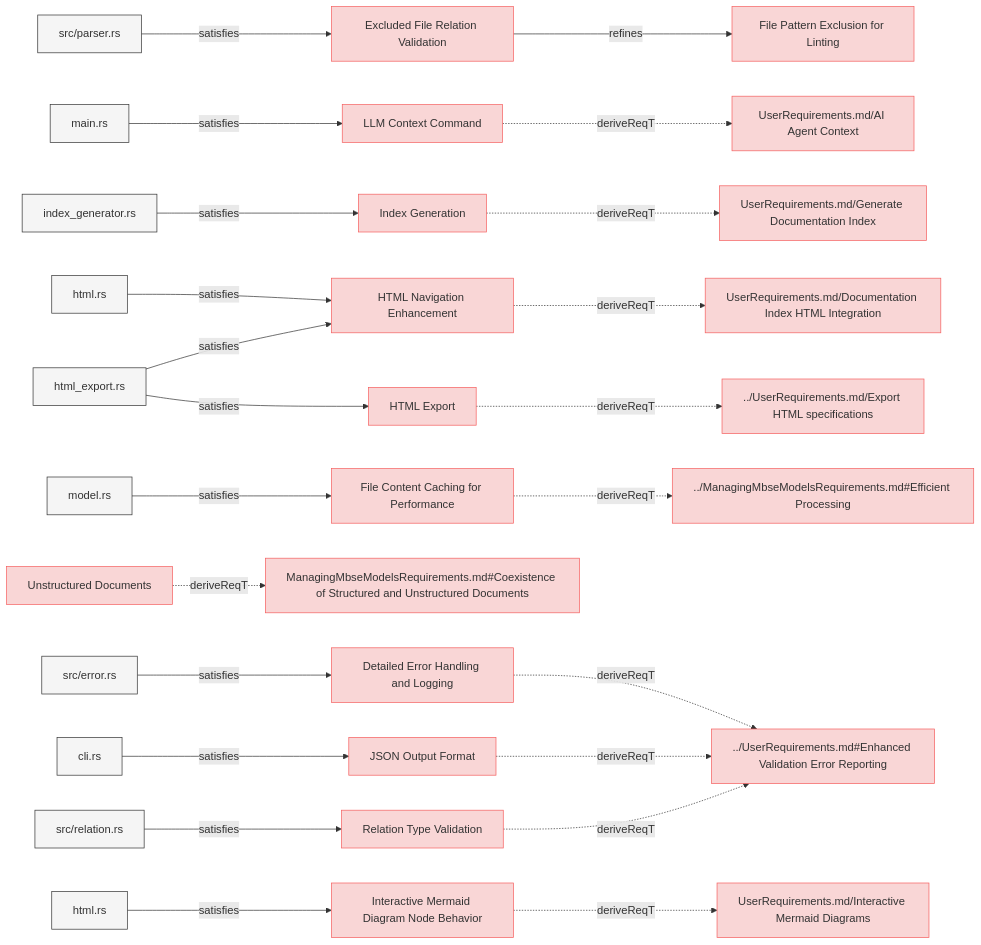
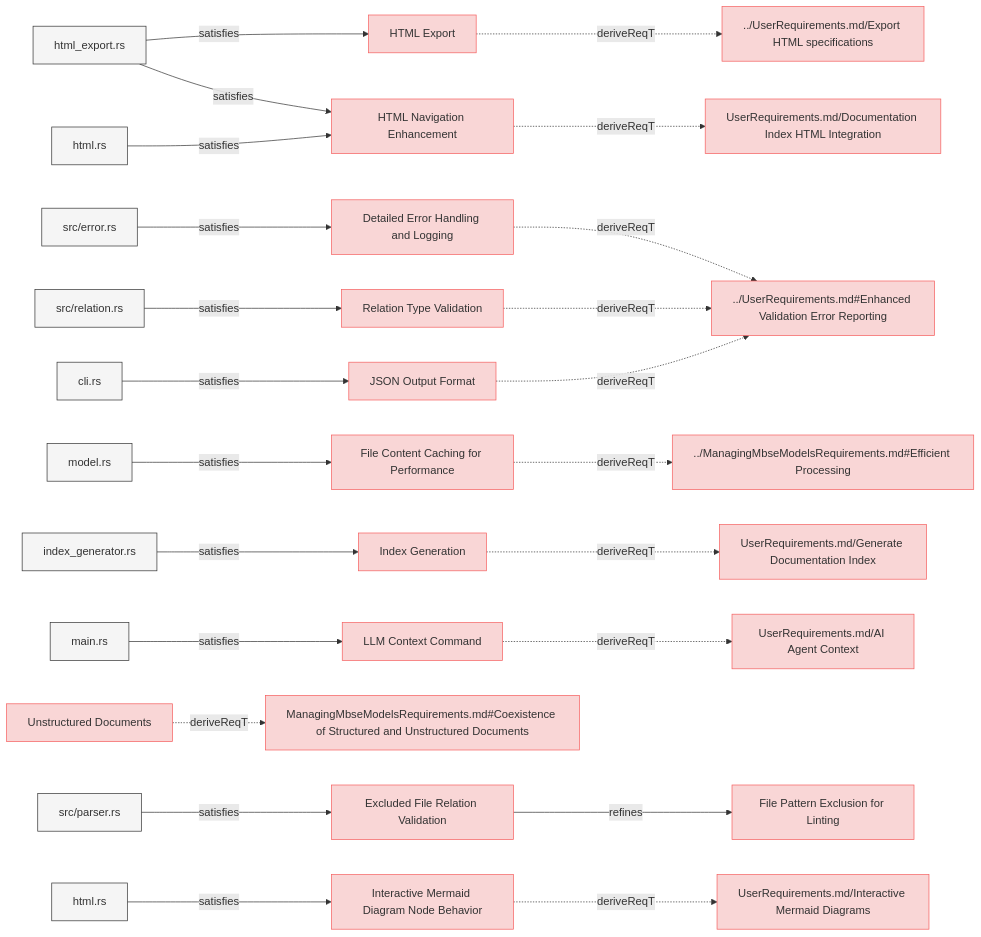
One commit to reqvire-org/reqvire changed the third of 8 diagrams in specifications/SystemRequirements/Requirements.md. Above: the diagram before and after it, drawn with Mermaid. The commit also changed other lines of this file and 14 other files, not shown here.

Commit message:
Diagram fixes

````diff
--- a/specifications/SystemRequirements/Requirements.md
+++ b/specifications/SystemRequirements/Requirements.md
@@ -236,6 +236,77 @@
   classDef externalLink fill:#d0e0ff,stroke:#3080ff,stroke-width:1px;
   classDef default fill:#f5f5f5,stroke:#333333,stroke-width:1px;
 
+  c8b6ccc187b0a27e["HTML Export"];
+  click c8b6ccc187b0a27e "Requirements.md#html-export";
+  class c8b6ccc187b0a27e requirement;
+  72c7eda6183f0893["../UserRequirements.md/Export HTML specifications"];
+  class 72c7eda6183f0893 requirement;
+  click 72c7eda6183f0893 "../UserRequirements.md#export-html-specifications";
+  c8b6ccc187b0a27e -.->|deriveReqT| 72c7eda6183f0893;
+  8cb11d152f3b9d2d["html_export.rs"];
+  class 8cb11d152f3b9d2d default;
+  click 8cb11d152f3b9d2d "../../core/src/html_export.rs";
+  8cb11d152f3b9d2d -->|satisfies| c8b6ccc187b0a27e;
+  bdfd9d65e46117e7["Detailed Error Handling and Logging"];
+  click bdfd9d65e46117e7 "Requirements.md#detailed-error-handling-and-logging";
+  class bdfd9d65e46117e7 requirement;
+  7cf5cf9900076be6["../UserRequirements.md#Enhanced Validation Error Reporting"];
+  class 7cf5cf9900076be6 requirement;
+  click 7cf5cf9900076be6 "../UserRequirements.md#enhanced-validation-error-reporting";
+  bdfd9d65e46117e7 -.->|deriveReqT| 7cf5cf9900076be6;
+  8cd8a561b4c440e3["src/error.rs"];
+  class 8cd8a561b4c440e3 default;
+  click 8cd8a561b4c440e3 "../../core/src/error.rs";
+  8cd8a561b4c440e3 -->|satisfies| bdfd9d65e46117e7;
+  5870488e00ee4f36["Relation Type Validation"];
+  click 5870488e00ee4f36 "Requirements.md#relation-type-validation";
+  class 5870488e00ee4f36 requirement;
+  5870488e00ee4f36 -.->|deriveReqT| 7cf5cf9900076be6;
+  ed4f94bde93b51b2["src/relation.rs"];
+  class ed4f94bde93b51b2 default;
+  click ed4f94bde93b51b2 "../../core/src/relation.rs";
+  ed4f94bde93b51b2 -->|satisfies| 5870488e00ee4f36;
+  98bd2bd6bdf5bf97["File Content Caching for Performance"];
+  click 98bd2bd6bdf5bf97 "Requirements.md#file-content-caching-for-performance";
+  class 98bd2bd6bdf5bf97 requirement;
+  21e4eb87cb55ea5e["../ManagingMbseModelsRequirements.md#Efficient Processing"];
+  class 21e4eb87cb55ea5e requirement;
+  click 21e4eb87cb55ea5e "../ManagingMbseModelsRequirements.md#efficient-processing";
+  98bd2bd6bdf5bf97 -.->|deriveReqT| 21e4eb87cb55ea5e;
+  6136c216c9f80165["model.rs"];
+  class 6136c216c9f80165 default;
+  click 6136c216c9f80165 "../../core/src/model.rs";
+  6136c216c9f80165 -->|satisfies| 98bd2bd6bdf5bf97;
+  8acd24c7c228637b["Index Generation"];
+  click 8acd24c7c228637b "Requirements.md#index-generation";
+  class 8acd24c7c228637b requirement;
+  f5b5eaeb28c5a7b1["UserRequirements.md/Generate Documentation Index"];
+  class f5b5eaeb28c5a7b1 requirement;
+  click f5b5eaeb28c5a7b1 "../UserRequirements.md#generate-documentation-index";
+  8acd24c7c228637b -.->|deriveReqT| f5b5eaeb28c5a7b1;
+  3ef6afafe29becbc["index_generator.rs"];
+  class 3ef6afafe29becbc default;
+  click 3ef6afafe29becbc "../../core/src/index_generator.rs";
+  3ef6afafe29becbc -->|satisfies| 8acd24c7c228637b;
+  8ba9c7e059799274["LLM Context Command"];
+  click 8ba9c7e059799274 "Requirements.md#llm-context-command";
+  class 8ba9c7e059799274 requirement;
+  5a6fc253c51845b6["UserRequirements.md/AI Agent Context"];
+  class 5a6fc253c51845b6 requirement;
+  click 5a6fc253c51845b6 "../UserRequirements.md#ai-agent-context";
+  8ba9c7e059799274 -.->|deriveReqT| 5a6fc253c51845b6;
+  4a5edefd6e054300["main.rs"];
+  class 4a5edefd6e054300 default;
+  click 4a5edefd6e054300 "../../cli/src/main.rs";
+  4a5edefd6e054300 -->|satisfies| 8ba9c7e059799274;
+  5ec6a2668bddf0e["JSON Output Format"];
+  click 5ec6a2668bddf0e "Requirements.md#json-output-format";
+  class 5ec6a2668bddf0e requirement;
+  5ec6a2668bddf0e -.->|deriveReqT| 7cf5cf9900076be6;
+  11ffc4632afd7c4c["cli.rs"];
+  class 11ffc4632afd7c4c default;
+  click 11ffc4632afd7c4c "../../cli/src/cli.rs";
+  11ffc4632afd7c4c -->|satisfies| 5ec6a2668bddf0e;
   c5c85bedd1cf11e6["Excluded File Relation Validation"];
   click c5c85bedd1cf11e6 "Requirements.md#excluded-file-relation-validation";
   class c5c85bedd1cf11e6 requirement;
@@ -247,28 +318,13 @@
   class 3b1e87396caf6495 default;
   click 3b1e87396caf6495 "../../core/src/parser.rs";
   3b1e87396caf6495 -->|satisfies| c5c85bedd1cf11e6;
-  8ba9c7e059799274["LLM Context Command"];
-  click 8ba9c7e059799274 "Requirements.md#llm-context-command";
-  class 8ba9c7e059799274 requirement;
-  5a6fc253c51845b6["UserRequirements.md/AI Agent Context"];
-  class 5a6fc253c51845b6 requirement;
-  click 5a6fc253c51845b6 "../UserRequirements.md#ai-agent-context";
-  8ba9c7e059799274 -.->|deriveReqT| 5a6fc253c51845b6;
-  4a5edefd6e054300["main.rs"];
-  class 4a5edefd6e054300 default;
-  click 4a5edefd6e054300 "../../cli/src/main.rs";
-  4a5edefd6e054300 -->|satisfies| 8ba9c7e059799274;
-  8acd24c7c228637b["Index Generation"];
-  click 8acd24c7c228637b "Requirements.md#index-generation";
-  class 8acd24c7c228637b requirement;
-  f5b5eaeb28c5a7b1["UserRequirements.md/Generate Documentation Index"];
-  class f5b5eaeb28c5a7b1 requirement;
-  click f5b5eaeb28c5a7b1 "../UserRequirements.md#generate-documentation-index";
-  8acd24c7c228637b -.->|deriveReqT| f5b5eaeb28c5a7b1;
-  3ef6afafe29becbc["index_generator.rs"];
-  class 3ef6afafe29becbc default;
-  click 3ef6afafe29becbc "../../core/src/index_generator.rs";
-  3ef6afafe29becbc -->|satisfies| 8acd24c7c228637b;
+  5a1719a2649b9922["Unstructured Documents"];
+  click 5a1719a2649b9922 "Requirements.md#unstructured-documents";
+  class 5a1719a2649b9922 requirement;
+  daadd8e583647e4f["ManagingMbseModelsRequirements.md#Coexistence of Structured and Unstructured Documents"];
+  class daadd8e583647e4f requirement;
+  click daadd8e583647e4f "../ManagingMbseModelsRequirements.md#coexistence-of-structured-and-unstructured-documents";
+  5a1719a2649b9922 -.->|deriveReqT| daadd8e583647e4f;
   86e0701b6ce7de0b["HTML Navigation Enhancement"];
   click 86e0701b6ce7de0b "Requirements.md#html-navigation-enhancement";
   class 86e0701b6ce7de0b requirement;
@@ -280,55 +336,7 @@
   class c788e5b84faa2ae3 default;
   click c788e5b84faa2ae3 "../../core/src/html.rs";
   c788e5b84faa2ae3 -->|satisfies| 86e0701b6ce7de0b;
-  8cb11d152f3b9d2d["html_export.rs"];
-  class 8cb11d152f3b9d2d default;
-  click 8cb11d152f3b9d2d "../../core/src/html_export.rs";
   8cb11d152f3b9d2d -->|satisfies| 86e0701b6ce7de0b;
-  98bd2bd6bdf5bf97["File Content Caching for Performance"];
-  click 98bd2bd6bdf5bf97 "Requirements.md#file-content-caching-for-performance";
-  class 98bd2bd6bdf5bf97 requirement;
-  21e4eb87cb55ea5e["../ManagingMbseModelsRequirements.md#Efficient Processing"];
-  class 21e4eb87cb55ea5e requirement;
-  click 21e4eb87cb55ea5e "../ManagingMbseModelsRequirements.md#efficient-processing";
-  98bd2bd6bdf5bf97 -.->|deriveReqT| 21e4eb87cb55ea5e;
-  6136c216c9f80165["model.rs"];
-  class 6136c216c9f80165 default;
-  click 6136c216c9f80165 "../../core/src/model.rs";
-  6136c216c9f80165 -->|satisfies| 98bd2bd6bdf5bf97;
-  c8b6ccc187b0a27e["HTML Export"];
-  click c8b6ccc187b0a27e "Requirements.md#html-export";
-  class c8b6ccc187b0a27e requirement;
-  72c7eda6183f0893["../UserRequirements.md/Export HTML specifications"];
-  class 72c7eda6183f0893 requirement;
-  click 72c7eda6183f0893 "../UserRequirements.md#export-html-specifications";
-  c8b6ccc187b0a27e -.->|deriveReqT| 72c7eda6183f0893;
-  8cb11d152f3b9d2d -->|satisfies| c8b6ccc187b0a27e;
-  5a1719a2649b9922["Unstructured Documents"];
-  click 5a1719a2649b9922 "Requirements.md#unstructured-documents";
-  class 5a1719a2649b9922 requirement;
-  daadd8e583647e4f["ManagingMbseModelsRequirements.md#Coexistence of Structured and Unstructured Documents"];
-  class daadd8e583647e4f requirement;
-  click daadd8e583647e4f "../ManagingMbseModelsRequirements.md#coexistence-of-structured-and-unstructured-documents";
-  5a1719a2649b9922 -.->|deriveReqT| daadd8e583647e4f;
-  bdfd9d65e46117e7["Detailed Error Handling and Logging"];
-  click bdfd9d65e46117e7 "Requirements.md#detailed-error-handling-and-logging";
-  class bdfd9d65e46117e7 requirement;
-  7cf5cf9900076be6["../UserRequirements.md#Enhanced Validation Error Reporting"];
-  class 7cf5cf9900076be6 requirement;
-  click 7cf5cf9900076be6 "../UserRequirements.md#enhanced-validation-error-reporting";
-  bdfd9d65e46117e7 -.->|deriveReqT| 7cf5cf9900076be6;
-  8cd8a561b4c440e3["src/error.rs"];
-  class 8cd8a561b4c440e3 default;
-  click 8cd8a561b4c440e3 "../../core/src/error.rs";
-  8cd8a561b4c440e3 -->|satisfies| bdfd9d65e46117e7;
-  5ec6a2668bddf0e["JSON Output Format"];
-  click 5ec6a2668bddf0e "Requirements.md#json-output-format";
-  class 5ec6a2668bddf0e requirement;
-  5ec6a2668bddf0e -.->|deriveReqT| 7cf5cf9900076be6;
-  11ffc4632afd7c4c["cli.rs"];
-  class 11ffc4632afd7c4c default;
-  click 11ffc4632afd7c4c "../../cli/src/cli.rs";
-  11ffc4632afd7c4c -->|satisfies| 5ec6a2668bddf0e;
   7a8da8dfee910932["Interactive Mermaid Diagram Node Behavior"];
   click 7a8da8dfee910932 "Requirements.md#interactive-mermaid-diagram-node-behavior";
   class 7a8da8dfee910932 requirement;
@@ -340,12 +348,4 @@
   class d4240e29691d4b88 default;
   click d4240e29691d4b88 "../../core/src/diagrams.rs";
   d4240e29691d4b88 -->|satisfies| 7a8da8dfee910932;
-  5870488e00ee4f36["Relation Type Validation"];
-  click 5870488e00ee4f36 "Requirements.md#relation-type-validation";
-  class 5870488e00ee4f36 requirement;
-  5870488e00ee4f36 -.->|deriveReqT| 7cf5cf9900076be6;
-  ed4f94bde93b51b2["src/relation.rs"];
-  class ed4f94bde93b51b2 default;
-  click ed4f94bde93b51b2 "../../core/src/relation.rs";
-  ed4f94bde93b51b2 -->|satisfies| 5870488e00ee4f36;
 ```
````
